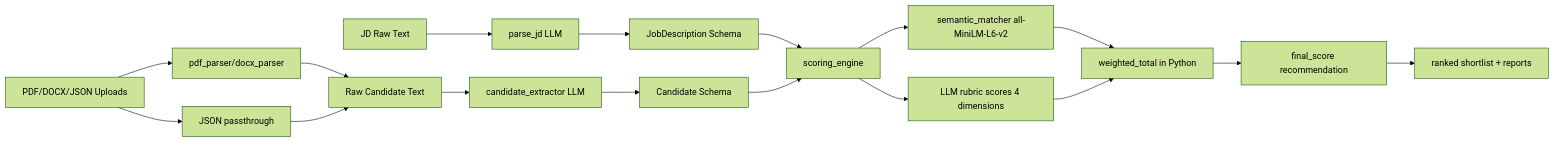
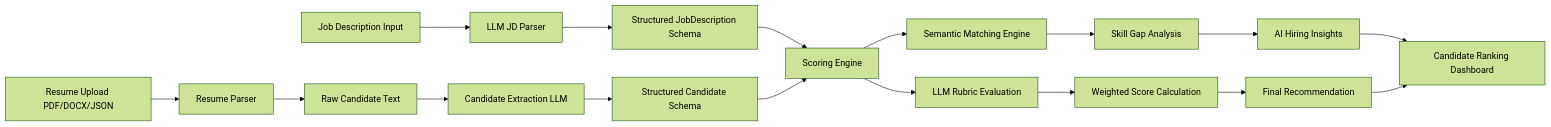
Before and after one commit to watdasouvikdoin/HireU-AI-Resume-Analyzer: the diagram in README.md, drawn with Mermaid (forest theme). The commit also changed other lines of this file, not shown here.

````diff
--- a/README.md
+++ b/README.md
@@ -49,21 +100,26 @@
 ```mermaid
 flowchart LR
-  A[JD Raw Text] --> B[parse_jd LLM]
-  B --> C[JobDescription Schema]
+  A[Job Description Input] --> B[LLM JD Parser]
+  B --> C[Structured JobDescription Schema]
 
-  D[PDF/DOCX/JSON Uploads] --> E[pdf_parser/docx_parser]
+  D[Resume Upload PDF/DOCX/JSON] --> E[Resume Parser]
   E --> F[Raw Candidate Text]
-  D --> G[JSON passthrough]
-  G --> F
-  F --> H[candidate_extractor LLM]
-  H --> I[Candidate Schema]
 
-  C --> J[scoring_engine]
-  I --> J
-  J --> K[semantic_matcher all-MiniLM-L6-v2]
-  J --> L[LLM rubric scores 4 dimensions]
-  K --> M[weighted_total in Python]
-  L --> M
-  M --> N[final_score recommendation]
-  N --> O[ranked shortlist + reports]
+  F --> G[Candidate Extraction LLM]
+  G --> H[Structured Candidate Schema]
+
+  C --> I[Scoring Engine]
+  H --> I
+
+  I --> J[Semantic Matching Engine]
+  I --> K[LLM Rubric Evaluation]
+
+  J --> L[Skill Gap Analysis]
+  K --> M[Weighted Score Calculation]
+
+  L --> N[AI Hiring Insights]
+  M --> O[Final Recommendation]
+
+  N --> P[Candidate Ranking Dashboard]
+  O --> P
 ```
````
